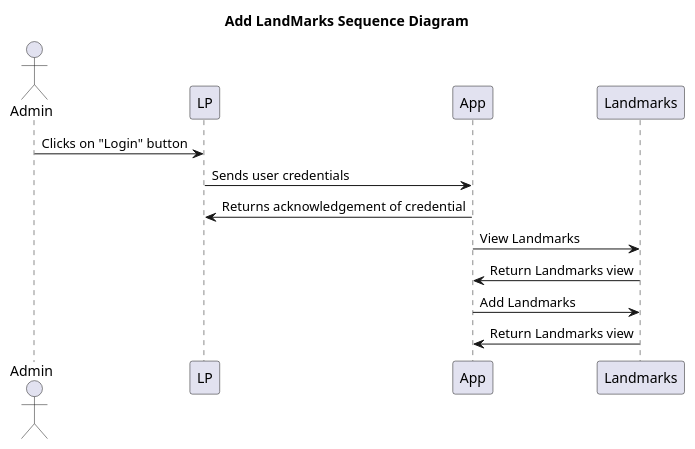
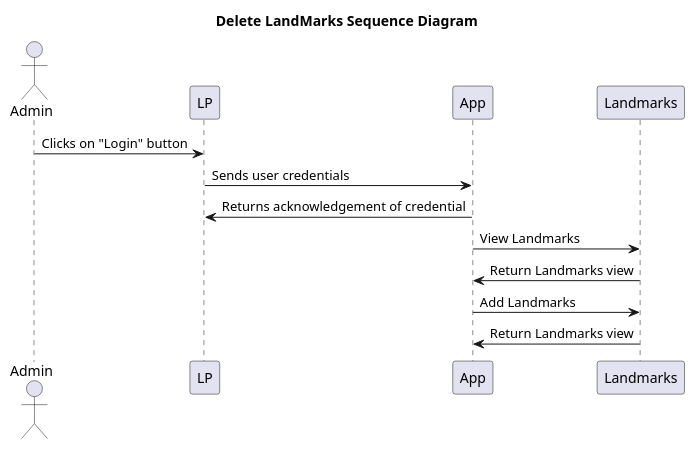
Before and after one commit to Krishnaa-tech/BuzzMaps: the diagram in user stories/Admin/Landmarks/Delete_landmarks.puml, drawn with PlantUML.

```diff
--- a/user stories/Admin/Landmarks/Delete_landmarks.puml
+++ b/user stories/Admin/Landmarks/Delete_landmarks.puml
@@ -1,15 +1,15 @@
 @startuml Landmarks
 
-title Add LandMarks Sequence Diagram 
+title Delete LandMarks Sequence Diagram 
 actor Admin
 Admin -> LP: Clicks on "Login" button
 LP -> App: Sends user credentials
 App -> LP: Returns acknowledgement of credential
 participant "Landmarks" as Landmarks
 
 App -> Landmarks: View Landmarks
 Landmarks -> App: Return Landmarks view
 
 App -> Landmarks: Add Landmarks
 Landmarks -> App: Return Landmarks view
 @enduml
```
